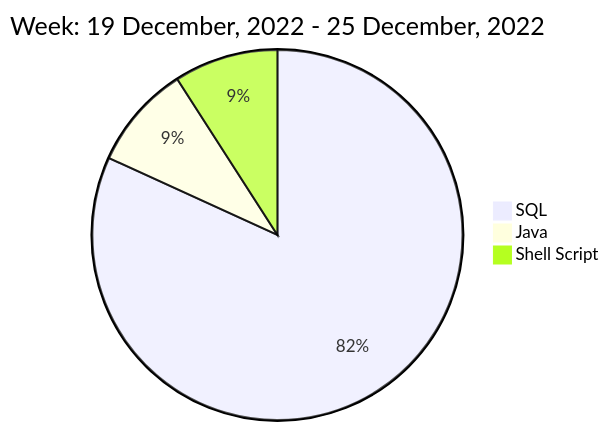
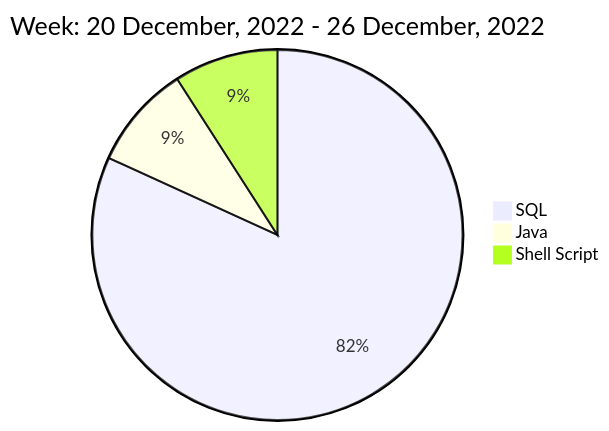
Before and after one commit to liubin95/liubin95: the diagram in README.md, drawn with Mermaid.

Commit message:
Updated the Graph with new Metrics

````diff
--- a/README.md
+++ b/README.md
@@ -40,7 +40,7 @@
 ```mermaid
  pie
-title Week: 19 December, 2022 - 25 December, 2022
+title Week: 20 December, 2022 - 26 December, 2022
  "SQL" : 0.27
  "Java" : 0.03
  "Shell Script" : 0.03
 ```
````
